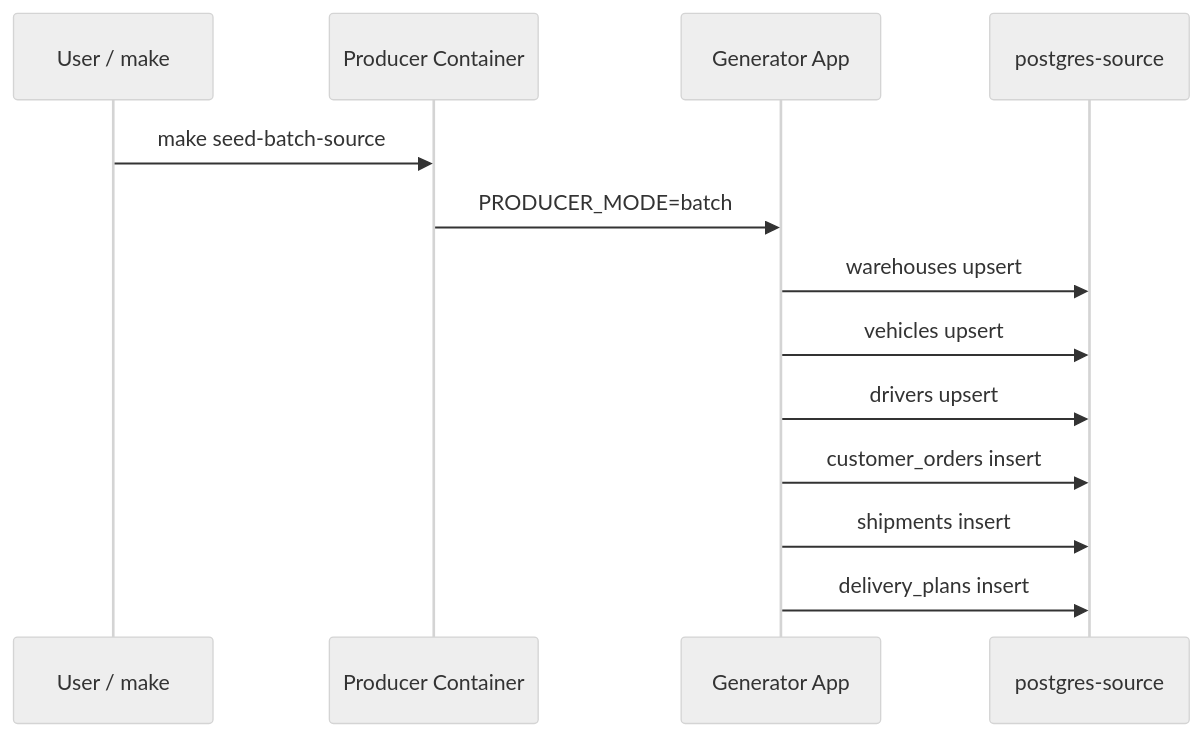
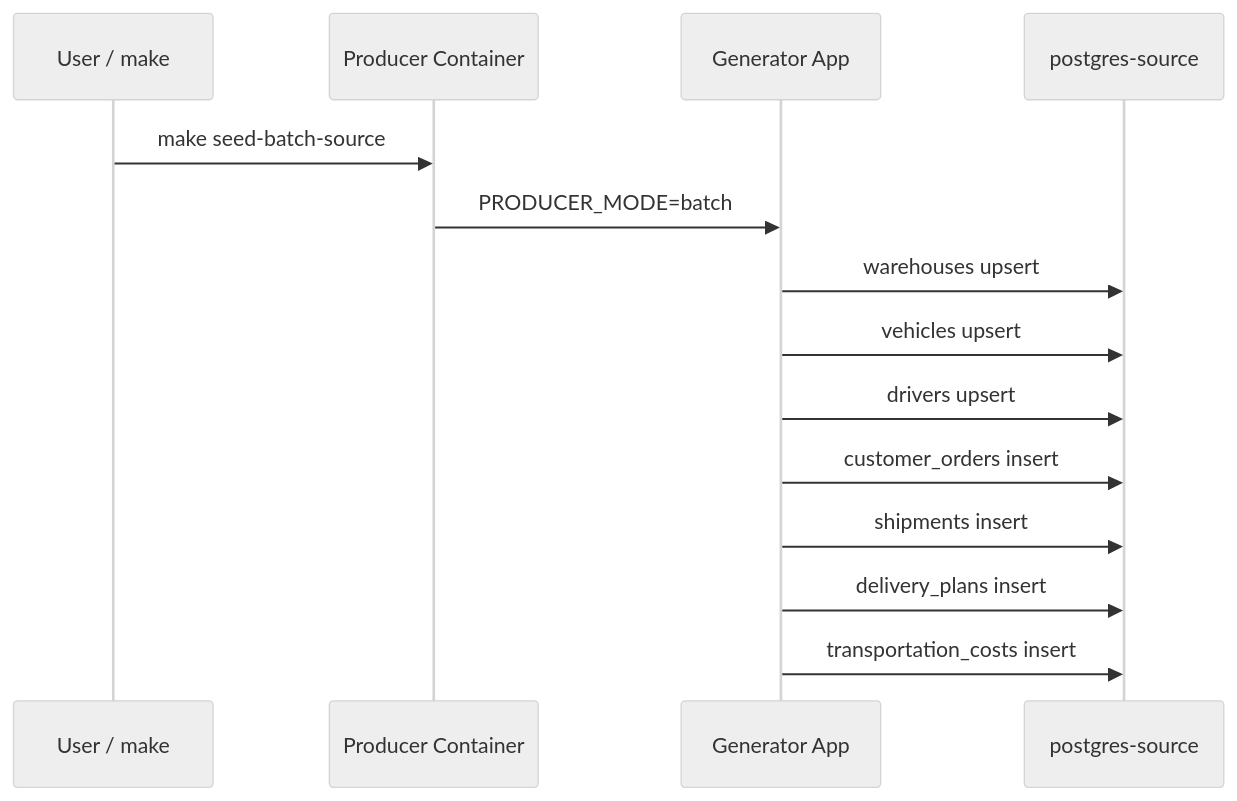
The third of 4 diagrams in docs/postgres-source-tables.md (VugarMammadov87/deliveryflow-project), drawn with Mermaid (neutral theme) before and after one commit. The commit also changed other lines of this file and 19 other files, not shown here.

````diff
--- a/docs/postgres-source-tables.md
+++ b/docs/postgres-source-tables.md
@@ -233,16 +291,17 @@
 ```mermaid
 sequenceDiagram
     participant U as User / make
     participant P as Producer Container
     participant G as Generator App
     participant PG as postgres-source
 
     U->>P: make seed-batch-source
     P->>G: PRODUCER_MODE=batch
     G->>PG: warehouses upsert
     G->>PG: vehicles upsert
     G->>PG: drivers upsert
     G->>PG: customer_orders insert
     G->>PG: shipments insert
     G->>PG: delivery_plans insert
+    G->>PG: transportation_costs insert
 ```
````
